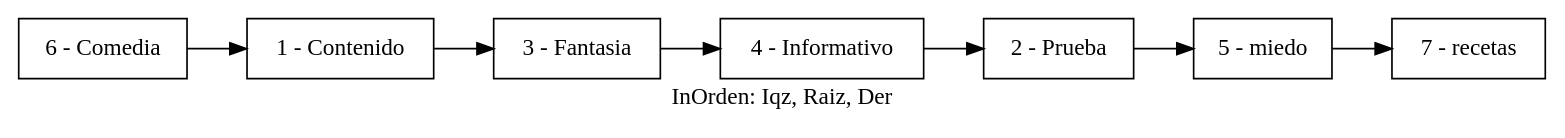
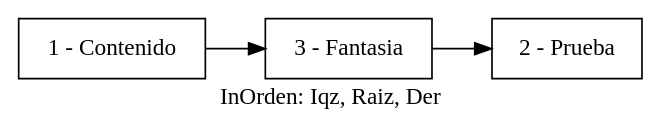
The diagram in EDD_Proyecto2/AVLTreeInOrden.dot (elJuanjoRamos/EDD_1S2020_PY2_201801262), drawn with Graphviz before and after one commit. The commit also changed 83 other files, not shown here.

```diff
--- a/EDD_Proyecto2/AVLTreeInOrden.dot
+++ b/EDD_Proyecto2/AVLTreeInOrden.dot
@@ -1,15 +1,7 @@
 digraph G {rankdir=LR;label="InOrden: Iqz, Raiz, Der";node[shape=box];
-nodo6 [ label ="6 - Comedia"];
 nodo1 [ label ="1 - Contenido"];
 nodo3 [ label ="3 - Fantasia"];
-nodo4 [ label ="4 - Informativo"];
 nodo2 [ label ="2 - Prueba"];
-nodo5 [ label ="5 - miedo"];
-nodo7 [ label ="7 - recetas"];
-nodo6-> nodo1
 nodo1-> nodo3
-nodo3-> nodo4
-nodo4-> nodo2
-nodo2-> nodo5
-nodo5-> nodo7
+nodo3-> nodo2
 }
```
